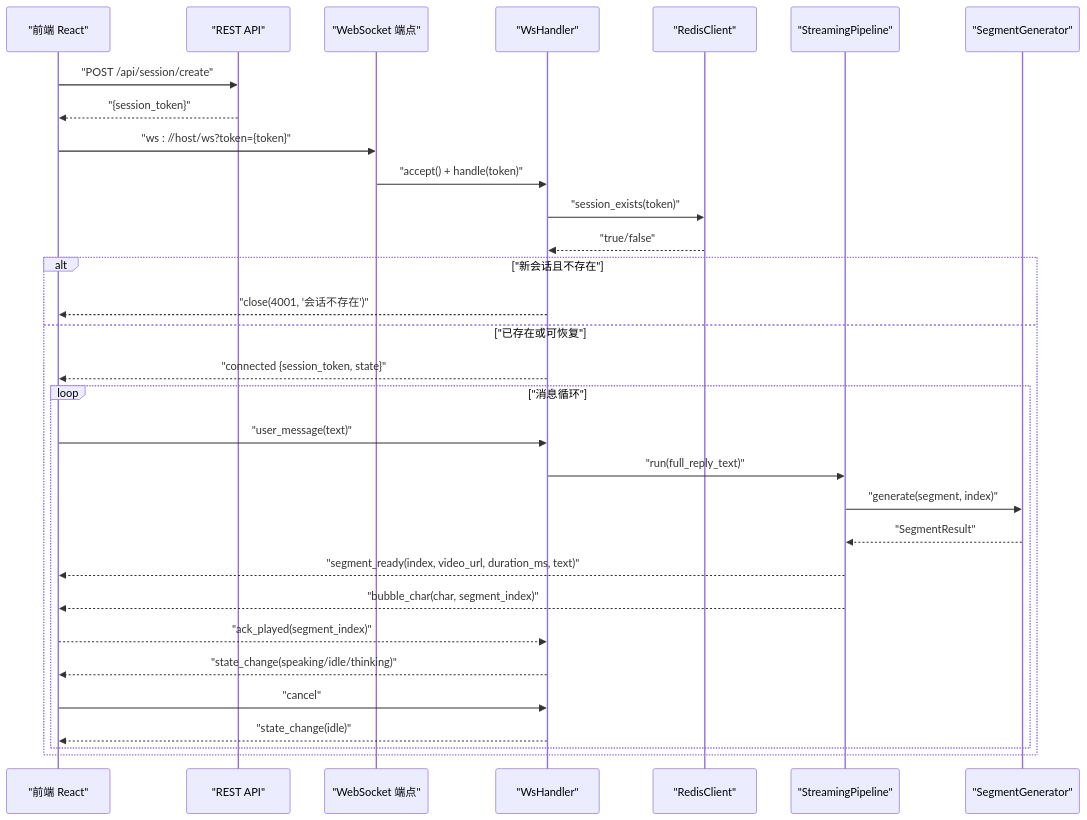
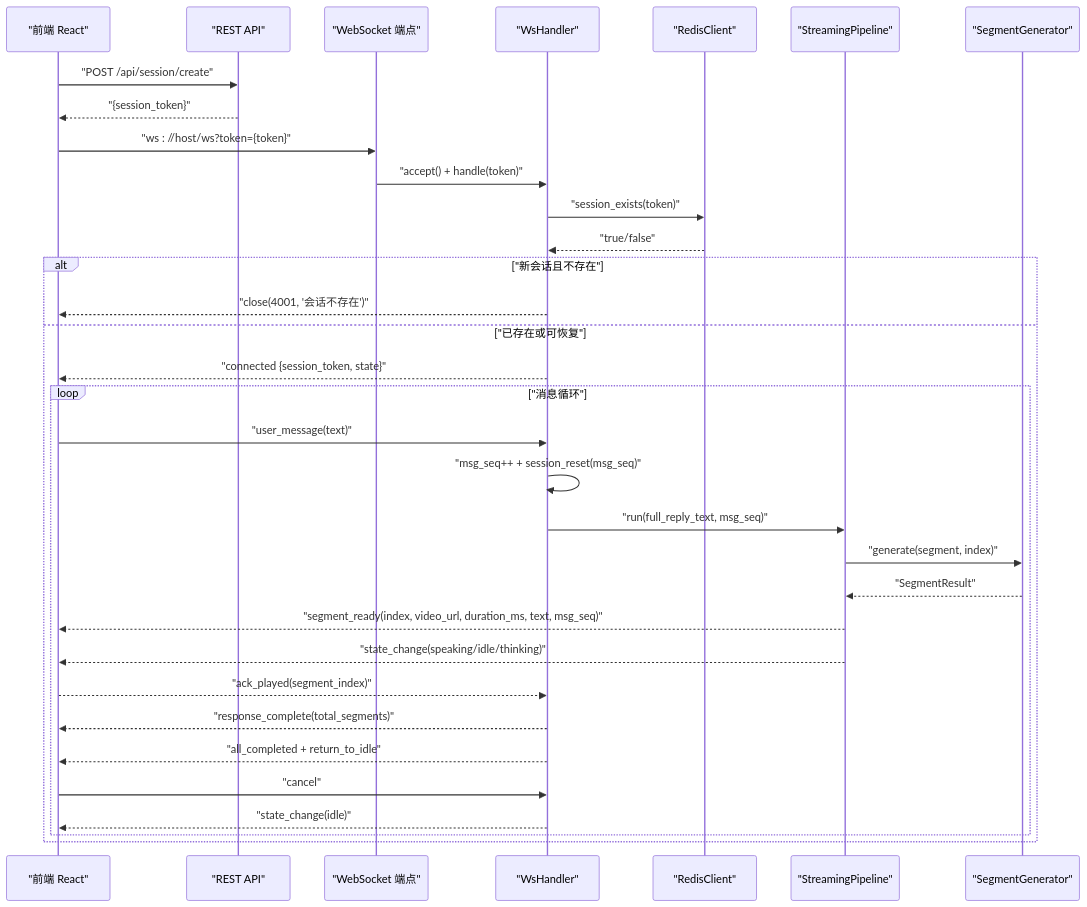
One commit to leo21cn/real-time-talk changed the second of 7 diagrams in .qoder/repowiki/zh/content/后端服务/WebSocket 通信协议.md. Above: the diagram before and after it, drawn with Mermaid. The commit also changed other lines of this file and 9 other files, not shown here.

````diff
--- a/.qoder/repowiki/zh/content/后端服务/WebSocket 通信协议.md
+++ b/.qoder/repowiki/zh/content/后端服务/WebSocket 通信协议.md
@@ -124,33 +145,35 @@
 ```mermaid
 sequenceDiagram
 participant FE as "前端 React"
 participant API as "REST API"
 participant WS as "WebSocket 端点"
 participant H as "WsHandler"
 participant R as "RedisClient"
 participant P as "StreamingPipeline"
 participant G as "SegmentGenerator"
 FE->>API : "POST /api/session/create"
 API-->>FE : "{session_token}"
 FE->>WS : "ws : //host/ws?token={token}"
 WS->>H : "accept() + handle(token)"
 H->>R : "session_exists(token)"
 R-->>H : "true/false"
 alt "新会话且不存在"
 H-->>FE : "close(4001, '会话不存在')"
 else "已存在或可恢复"
 H-->>FE : "connected {session_token, state}"
 loop "消息循环"
 FE->>H : "user_message(text)"
-H->>P : "run(full_reply_text)"
+H->>H : "msg_seq++ + session_reset(msg_seq)"
+H->>P : "run(full_reply_text, msg_seq)"
 P->>G : "generate(segment, index)"
 G-->>P : "SegmentResult"
-P-->>FE : "segment_ready(index, video_url, duration_ms, text)"
-P-->>FE : "bubble_char(char, segment_index)"
+P-->>FE : "segment_ready(index, video_url, duration_ms, text, msg_seq)"
+P-->>FE : "state_change(speaking/idle/thinking)"
 FE-->>H : "ack_played(segment_index)"
-H-->>FE : "state_change(speaking/idle/thinking)"
+H-->>FE : "response_complete(total_segments)"
+H-->>FE : "all_completed + return_to_idle"
 FE->>H : "cancel"
 H-->>FE : "state_change(idle)"
 end
 end
 ```
````
